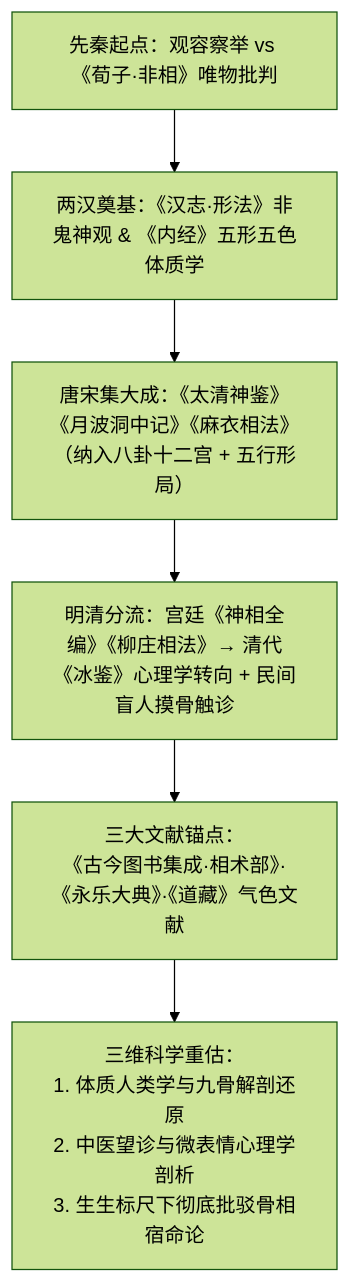
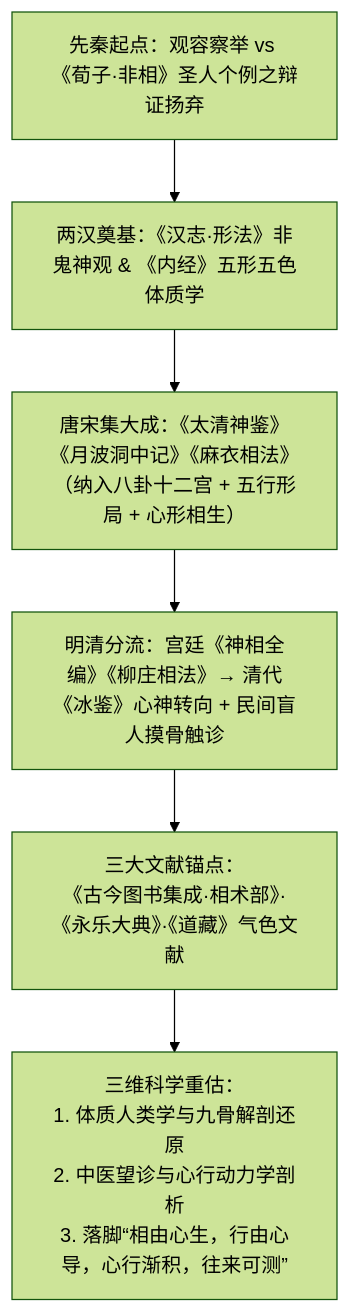
One commit to wole278/xushiyan-YiJing changed the diagram in content/09 周易数术纲目/09_相术摸骨/01_源流详考.md. Above: the diagram before and after it, drawn with Mermaid (forest theme). The commit also changed other lines of this file and 6 other files, not shown here.

````diff
--- a/content/09 周易数术纲目/09_相术摸骨/01_源流详考.md
+++ b/content/09 周易数术纲目/09_相术摸骨/01_源流详考.md
@@ -47,8 +49,8 @@
 ```mermaid
 flowchart TD
-    A["先秦起点：观容察举 vs 《荀子·非相》唯物批判"] --> B["两汉奠基：《汉志·形法》非鬼神观 & 《内经》五形五色体质学"]
-    B --> C["唐宋集大成：《太清神鉴》《月波洞中记》《麻衣相法》<br/>（纳入八卦十二宫 + 五行形局）"]
-    C --> D["明清分流：宫廷《神相全编》《柳庄相法》→ 清代《冰鉴》心理学转向 + 民间盲人摸骨触诊"]
+    A["先秦起点：观容察举 vs 《荀子·非相》圣人个例之辩证扬弃"] --> B["两汉奠基：《汉志·形法》非鬼神观 & 《内经》五形五色体质学"]
+    B --> C["唐宋集大成：《太清神鉴》《月波洞中记》《麻衣相法》<br/>（纳入八卦十二宫 + 五行形局 + 心形相生）"]
+    C --> D["明清分流：宫廷《神相全编》《柳庄相法》→ 清代《冰鉴》心神转向 + 民间盲人摸骨触诊"]
     D --> E["三大文献锚点：<br/>《古今图书集成·相术部》·《永乐大典》·《道藏》气色文献"]
-    E --> F["三维科学重估：<br/>1. 体质人类学与九骨解剖还原<br/>2. 中医望诊与微表情心理学剖析<br/>3. 生生标尺下彻底批驳骨相宿命论"]
+    E --> F["三维科学重估：<br/>1. 体质人类学与九骨解剖还原<br/>2. 中医望诊与心行动力学剖析<br/>3. 落脚“相由心生，行由心导，心行渐积，往来可测”"]
 ```
````
